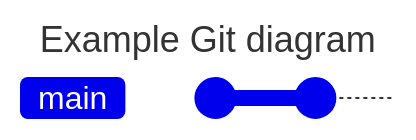
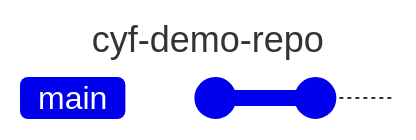
Before and after one commit to CodeYourFuture/CYF-Workshops: the second of 5 diagrams in git-day-1/README.md, drawn with Mermaid. The commit also changed other lines of this file, not shown here. Commit ids are hidden.

````diff
--- a/git-day-1/README.md
+++ b/git-day-1/README.md
@@ -77,8 +110,8 @@
 ```mermaid
 ---
-title: Example Git diagram
+title: cyf-demo-repo
 ---
 gitGraph
    commit
    commit
 ```
````
